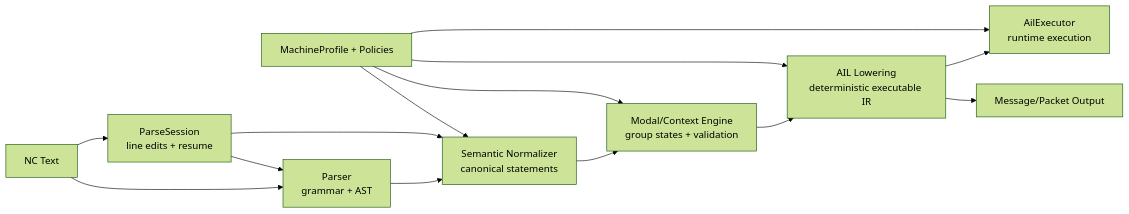
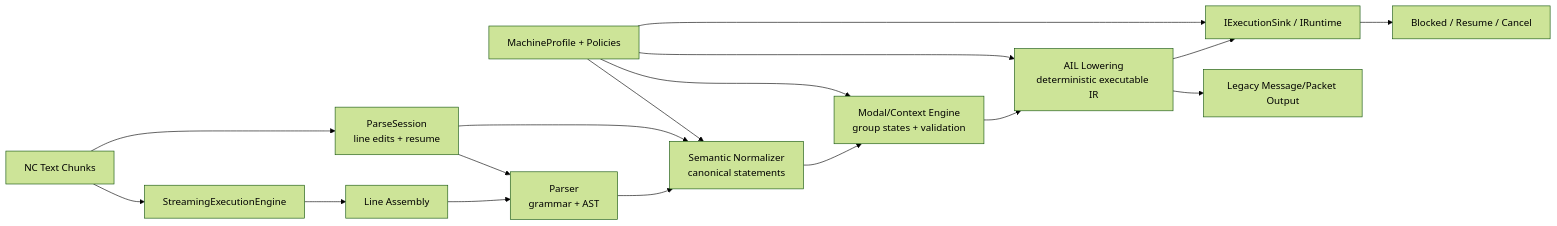
One commit to liufang-robot/experimental_gcode_parser changed the first of 4 diagrams in ARCHITECTURE.md. Above: the diagram before and after it, drawn with Mermaid (forest theme). The commit also changed other lines of this file and 10 other files, not shown here.

Commit message:
docs: define streaming execution contract

````diff
--- a/ARCHITECTURE.md
+++ b/ARCHITECTURE.md
@@ -17,16 +17,19 @@
 ```mermaid
 flowchart LR
-  A[NC Text] --> B[Parser<br/>grammar + AST]
-  B --> C[Semantic Normalizer<br/>canonical statements]
-  C --> D[Modal/Context Engine<br/>group states + validation]
-  D --> E[AIL Lowering<br/>deterministic executable IR]
-  E --> F[AilExecutor<br/>runtime execution]
-  E --> G[Message/Packet Output]
+  A[NC Text Chunks] --> B[StreamingExecutionEngine]
+  B --> C[Line Assembly]
+  C --> D[Parser<br/>grammar + AST]
+  D --> E[Semantic Normalizer<br/>canonical statements]
+  E --> F[Modal/Context Engine<br/>group states + validation]
+  F --> G[AIL Lowering<br/>deterministic executable IR]
+  G --> H[IExecutionSink / IRuntime]
+  H --> I[Blocked / Resume / Cancel]
+  G --> J[Legacy Message/Packet Output]
   A --> PS[ParseSession<br/>line edits + resume]
-  PS --> B
-  PS --> C
-  H[MachineProfile + Policies] --> C
-  H --> D
-  H --> E
-  H --> F
+  PS --> D
+  PS --> E
+  K[MachineProfile + Policies] --> E
+  K --> F
+  K --> G
+  K --> H
 ```
````
